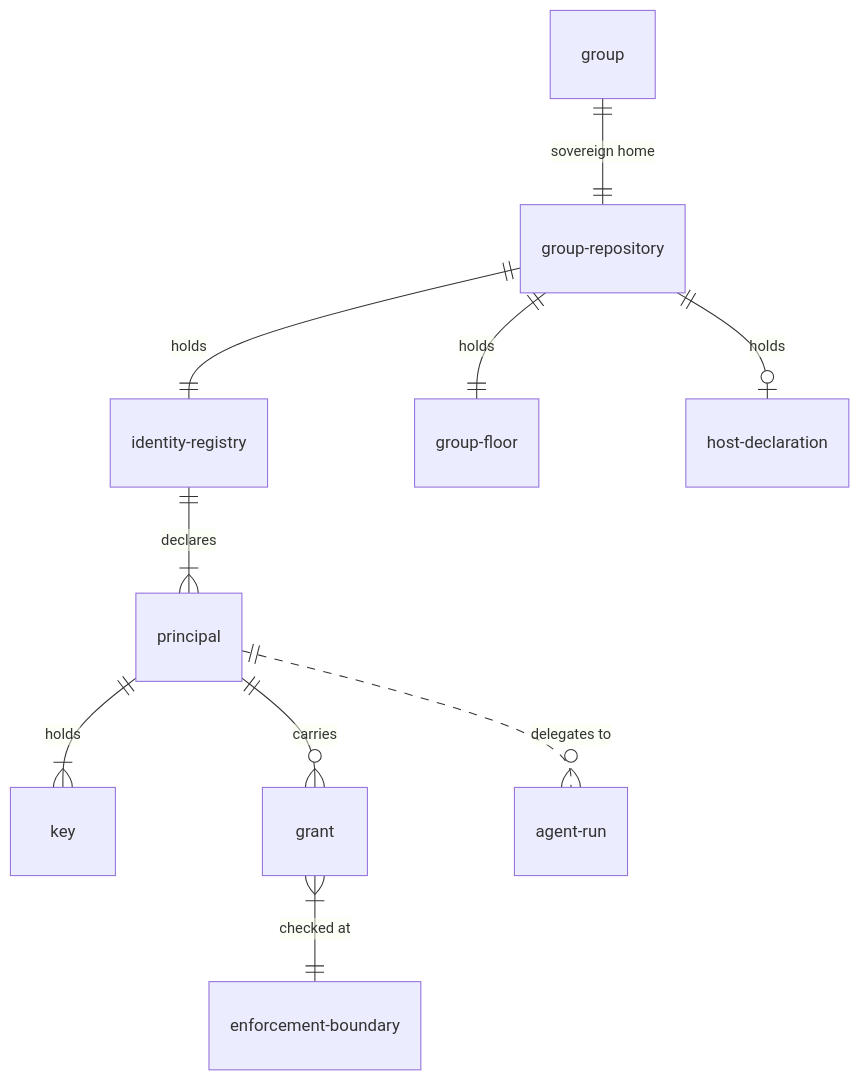
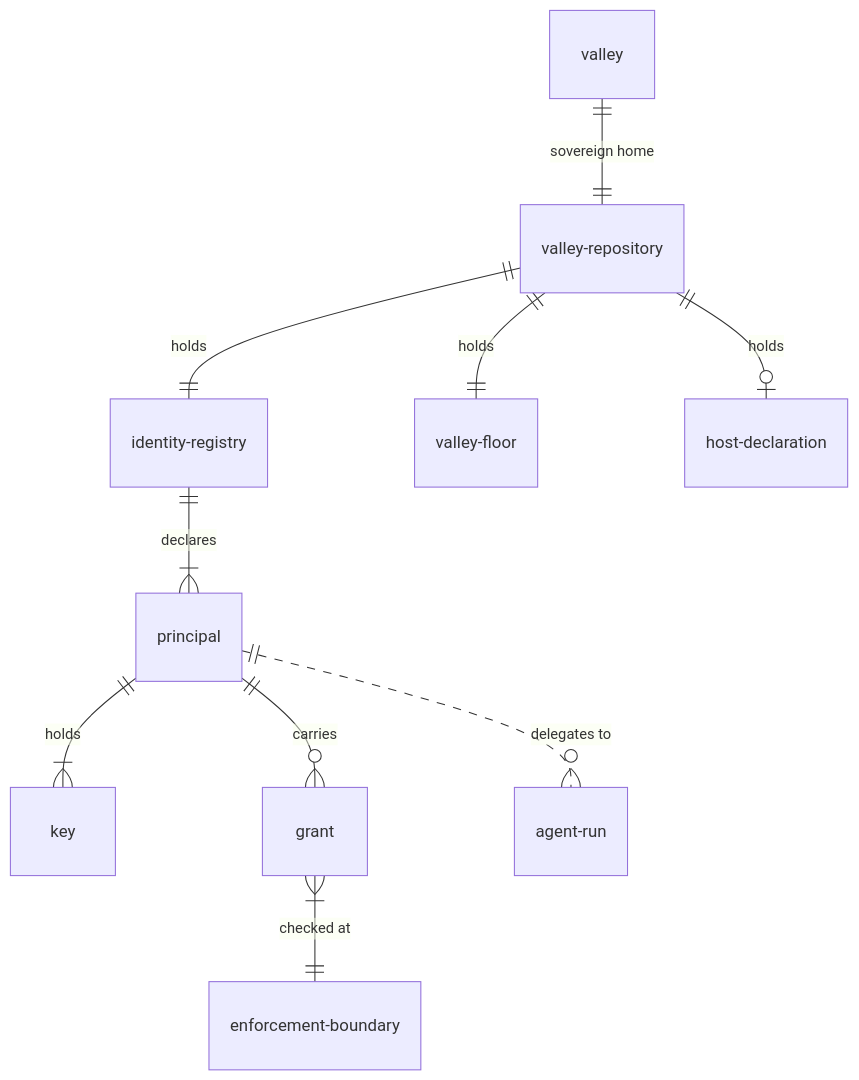
One commit to gunk-dev/the-valley changed the first of 3 diagrams in design/architecture.md. Above: the diagram before and after it, drawn with Mermaid. The commit also changed other lines of this file and 14 other files, not shown here.

````diff
--- a/design/architecture.md
+++ b/design/architecture.md
@@ -188,12 +190,12 @@
 ```mermaid
 erDiagram
-    group ||--|| group-repository : "sovereign home"
-    group-repository ||--|| identity-registry : holds
-    group-repository ||--|| group-floor : holds
-    group-repository ||--o| host-declaration : holds
+    valley ||--|| valley-repository : "sovereign home"
+    valley-repository ||--|| identity-registry : holds
+    valley-repository ||--|| valley-floor : holds
+    valley-repository ||--o| host-declaration : holds
     identity-registry ||--|{ principal : declares
     principal ||--|{ key : holds
     principal ||--o{ grant : carries
     grant }|--|| enforcement-boundary : "checked at"
     principal ||..o{ agent-run : "delegates to"
 ```
````
